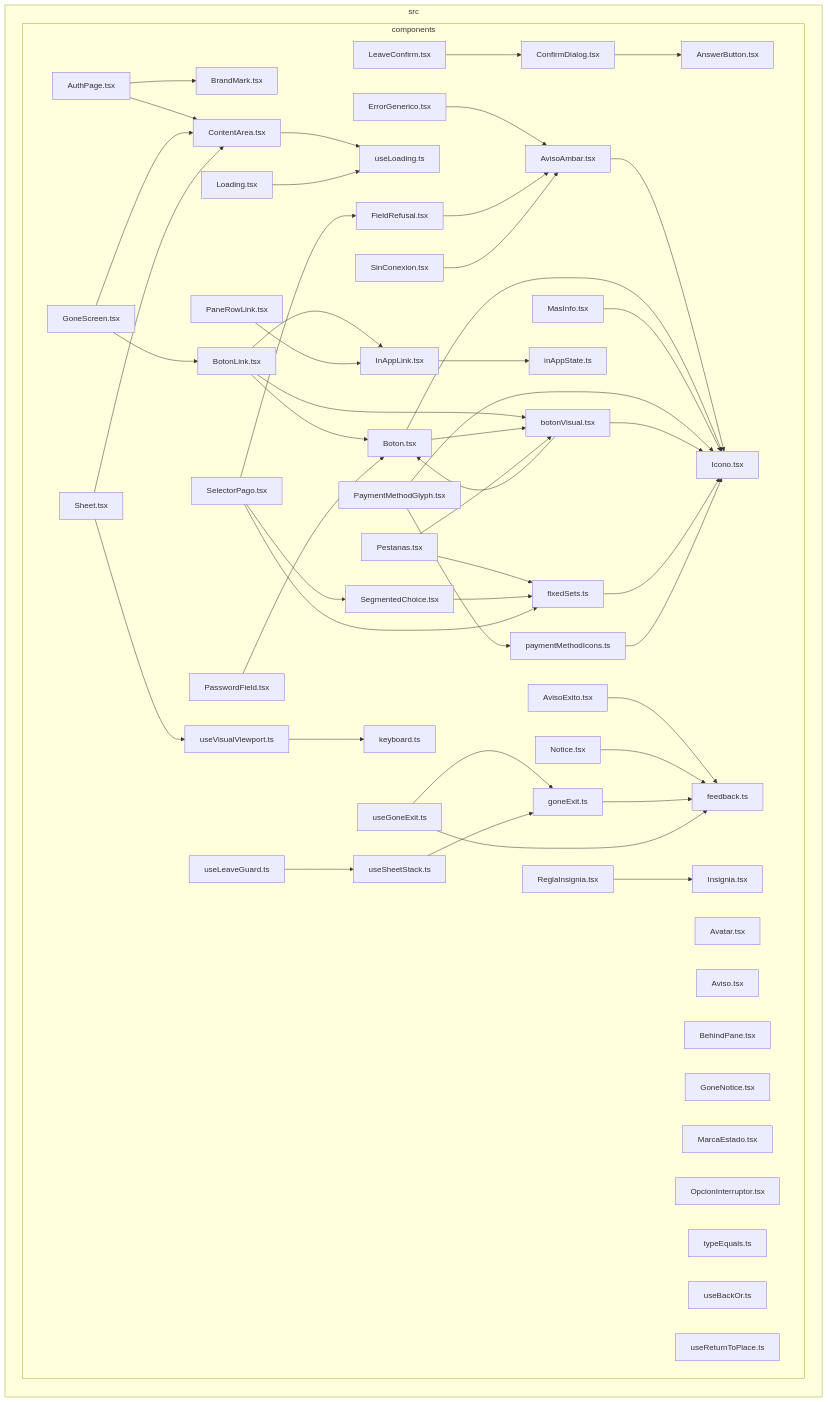
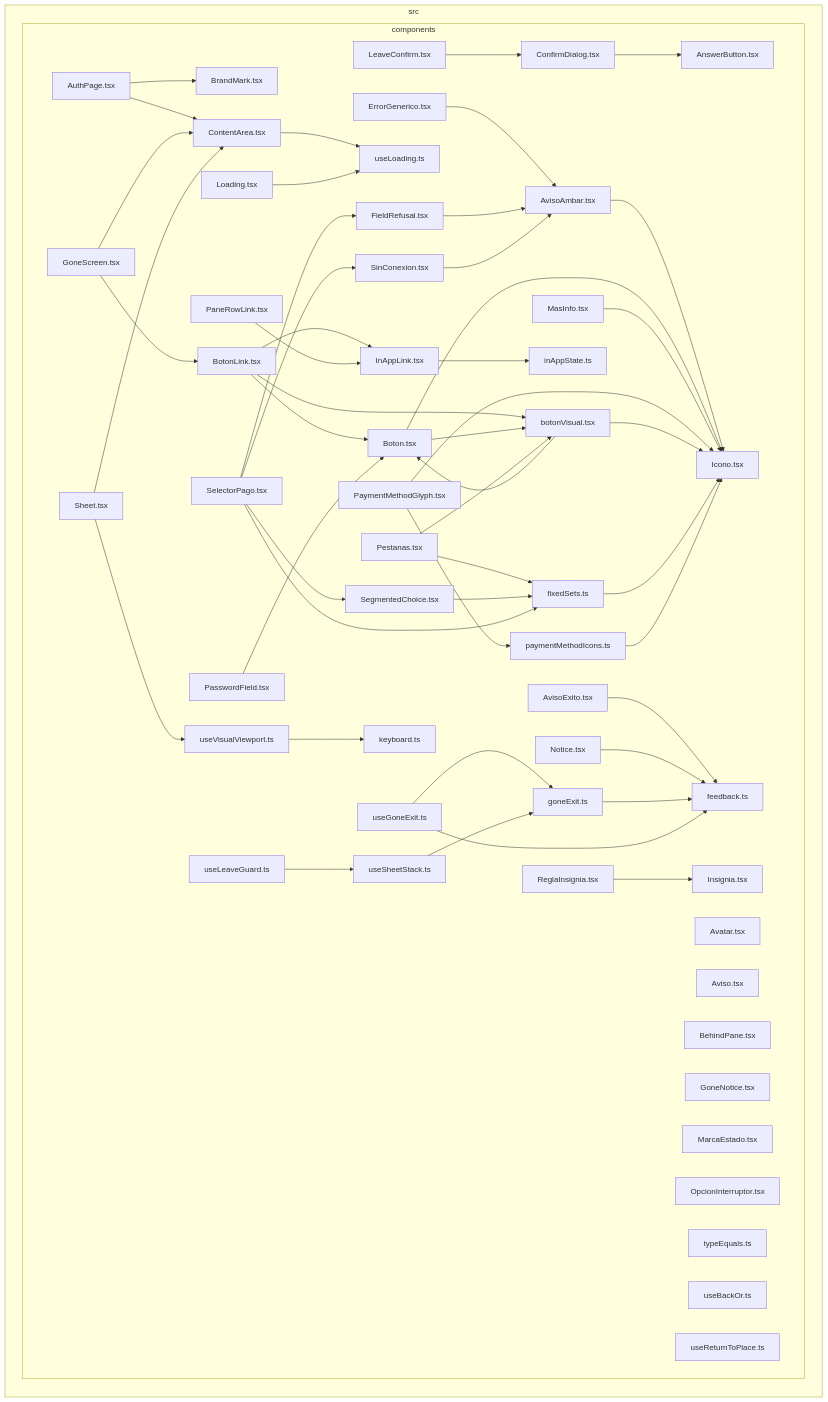
Before and after one commit to GonzaloZevallos/apostrophe: the diagram in docs/architecture/generated/front-modules/components.md, drawn with Mermaid. The commit also changed 29 other files, not shown here.

```diff
--- a/docs/architecture/generated/front-modules/components.md
+++ b/docs/architecture/generated/front-modules/components.md
@@ -89,6 +89,7 @@
 src_components_SegmentedChoice_tsx-->src_components_fixedSets_ts
 src_components_SelectorPago_tsx-->src_components_FieldRefusal_tsx
 src_components_SelectorPago_tsx-->src_components_SegmentedChoice_tsx
+src_components_SelectorPago_tsx-->src_components_SinConexion_tsx
 src_components_SelectorPago_tsx-->src_components_fixedSets_ts
 src_components_Sheet_tsx-->src_components_ContentArea_tsx
 src_components_Sheet_tsx-->src_components_useVisualViewport_ts
```
